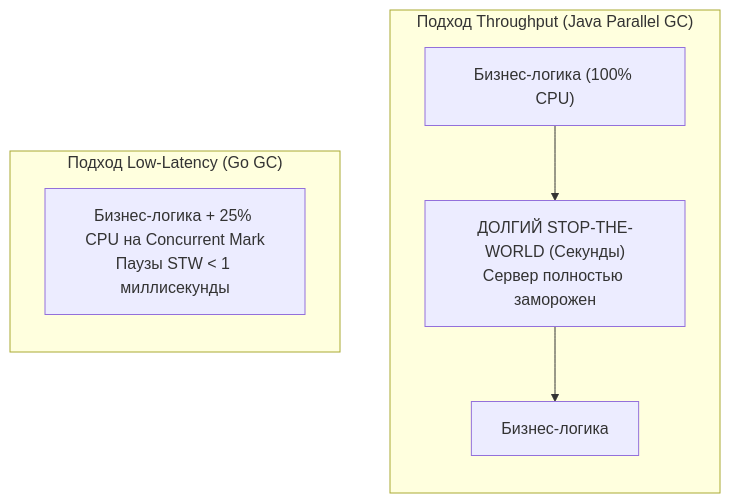
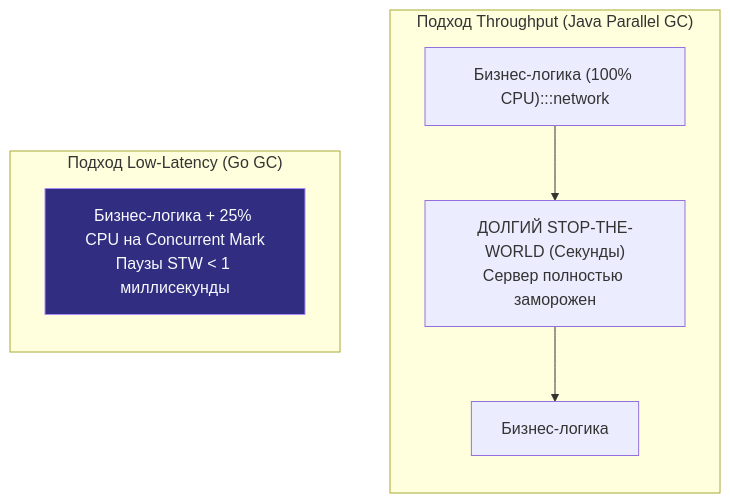
Before and after one commit to UnrealTemplier/go-textbook: the first of 2 diagrams in sources/7. Глубокий Go (Внутреннее устройство)/24. Сборщик мусора Go. Общая архитектура.md, drawn with Mermaid. The commit also changed other lines of this file and 1666 other files, not shown here.

First line of the commit message:
feat(mermaid): add semantic color classDef to 1369 colorless flowchart/graph diagrams

````diff
--- a/sources/7. Глубокий Go (Внутреннее устройство)/24. Сборщик мусора Go. Общая архитектура.md
+++ b/sources/7. Глубокий Go (Внутреннее устройство)/24. Сборщик мусора Go. Общая архитектура.md
@@ -22,13 +22,23 @@
 ```mermaid
 flowchart TD
+    classDef process  fill:#1e293b,stroke:#38bdf8,stroke-width:1px,color:#f8fafc
+    classDef success  fill:#064e3b,stroke:#34d399,stroke-width:1px,color:#f8fafc
+    classDef error    fill:#7f1d1d,stroke:#f87171,stroke-width:1px,color:#f8fafc
+    classDef warning  fill:#78350f,stroke:#fbbf24,stroke-width:1px,color:#f8fafc
+    classDef entry    fill:#1e3a5f,stroke:#38bdf8,stroke-width:2px,color:#f8fafc
+    classDef aux      fill:#334155,stroke:#64748b,stroke-width:1px,color:#f8fafc
+    classDef system   fill:#312e81,stroke:#a78bfa,stroke-width:1px,color:#f8fafc
+    classDef data     fill:#132d29,stroke:#2dd4bf,stroke-width:1px,color:#f8fafc
+    classDef network  fill:#881337,stroke:#fb7185,stroke-width:1px,color:#f8fafc
+    classDef accent   fill:#1e1b4b,stroke:#818cf8,stroke-width:1px,color:#f8fafc
     subgraph THROUGHPUT ["Подход Throughput (Java Parallel GC)"]
         direction TB
-        T_RUN["Бизнес-логика (100% CPU)"] --> T_STW["ДОЛГИЙ STOP-THE-WORLD (Секунды)<br>Сервер полностью заморожен"]
+        T_RUN["Бизнес-логика (100% CPU):::network"] --> T_STW["ДОЛГИЙ STOP-THE-WORLD (Секунды)<br>Сервер полностью заморожен"]
         T_STW --> T_RUN2["Бизнес-логика"]
     end
 
     subgraph LATENCY ["Подход Low-Latency (Go GC)"]
         direction TB
-        G_RUN["Бизнес-логика + 25% CPU на Concurrent Mark<br>Паузы STW < 1 миллисекунды"]
+        G_RUN["Бизнес-логика + 25% CPU на Concurrent Mark<br>Паузы STW < 1 миллисекунды"]:::system
     end
 ```
````
